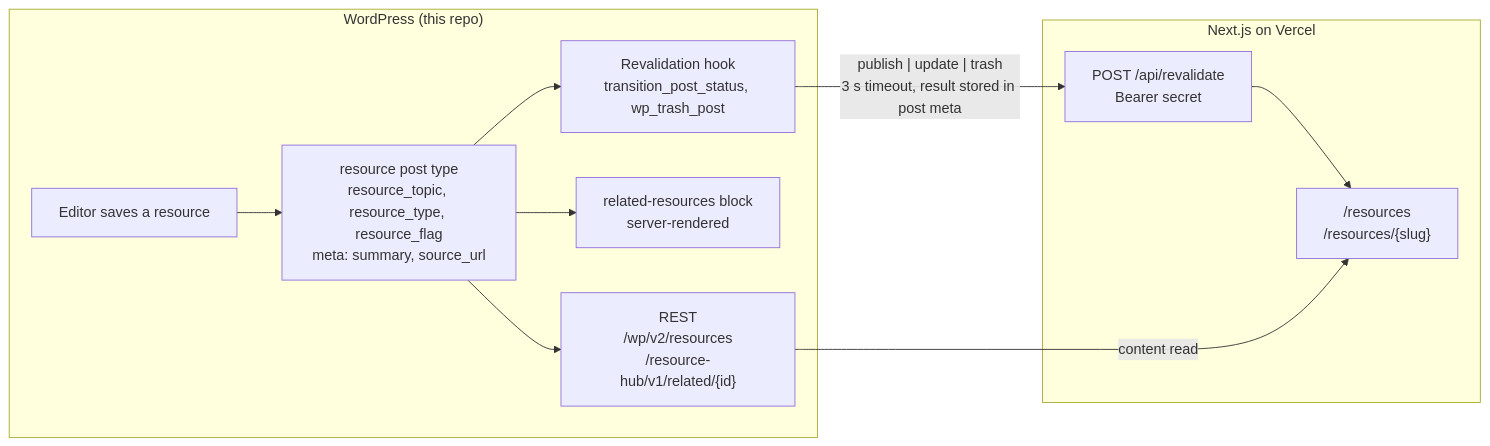
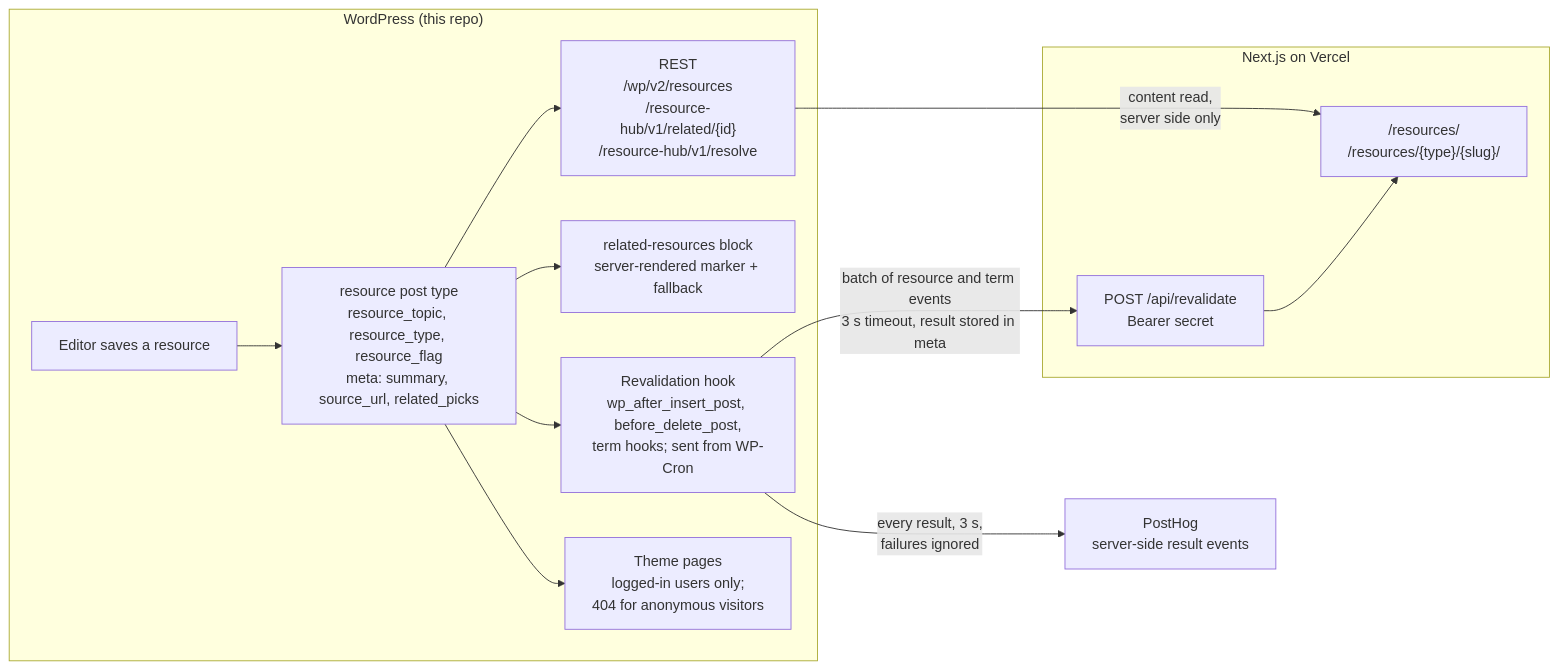
Before and after one commit to Colbitron/resource-hub-wp: the diagram in README.md, drawn with Mermaid. The commit also changed other lines of this file and 26 other files, not shown here.

````diff
--- a/README.md
+++ b/README.md
@@ -28,23 +28,28 @@
 ```mermaid
 flowchart LR
     subgraph wp["WordPress (this repo)"]
         editor["Editor saves a resource"]
-        cpt["resource post type<br/>resource_topic, resource_type, resource_flag<br/>meta: summary, source_url"]
-        rest["REST<br/>/wp/v2/resources<br/>/resource-hub/v1/related/{id}"]
-        block["related-resources block<br/>server-rendered"]
-        hook["Revalidation hook<br/>transition_post_status, wp_trash_post"]
+        cpt["resource post type<br/>resource_topic, resource_type, resource_flag<br/>meta: summary, source_url, related_picks"]
+        rest["REST<br/>/wp/v2/resources<br/>/resource-hub/v1/related/{id}<br/>/resource-hub/v1/resolve"]
+        block["related-resources block<br/>server-rendered marker + fallback"]
+        hook["Revalidation hook<br/>wp_after_insert_post, before_delete_post,<br/>term hooks; sent from WP-Cron"]
+        theme["Theme pages<br/>logged-in users only;<br/>404 for anonymous visitors"]
         editor --> cpt
         cpt --> rest
         cpt --> block
         cpt --> hook
+        cpt --> theme
     end
 
     subgraph next["Next.js on Vercel"]
         api["POST /api/revalidate<br/>Bearer secret"]
-        pages["/resources<br/>/resources/{slug}"]
+        pages["/resources/<br/>/resources/{type}/{slug}/"]
         api --> pages
     end
 
-    rest -->|"content read"| pages
-    hook -->|"publish | update | trash<br/>3 s timeout, result stored in post meta"| api
+    posthog["PostHog<br/>server-side result events"]
+
+    rest -->|"content read,<br/>server side only"| pages
+    hook -->|"batch of resource and term events<br/>3 s timeout, result stored in meta"| api
+    hook -->|"every result, 3 s,<br/>failures ignored"| posthog
 ```
````
